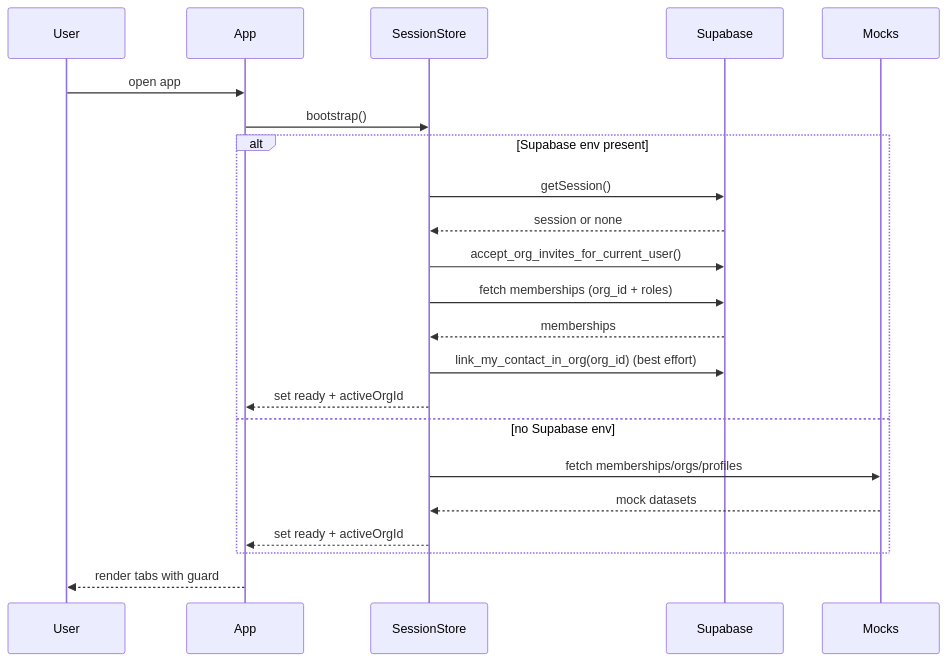
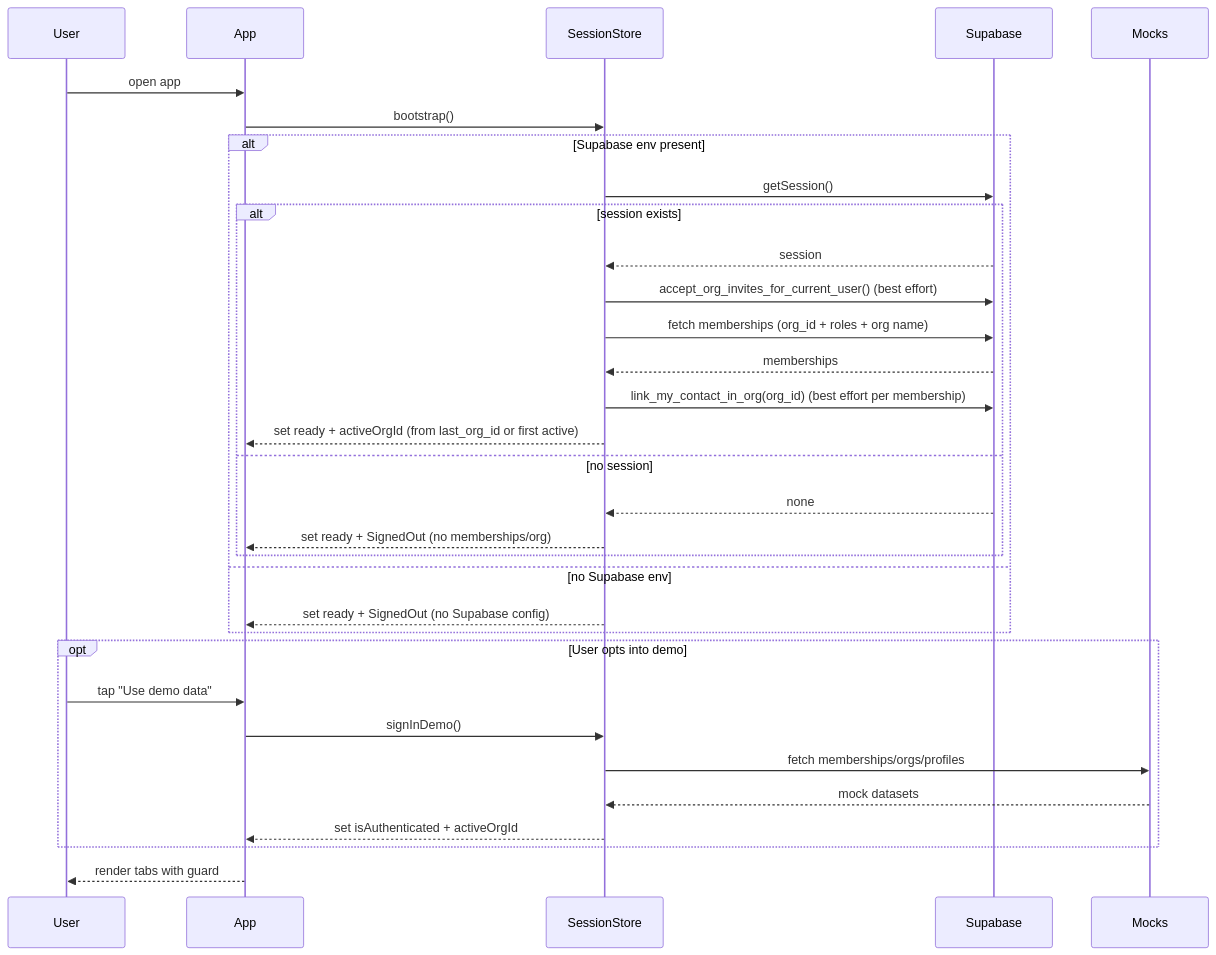
One commit to KRUKMAN/fafiq-app changed the diagram in docs/diagrams/sequences/01_session_boot.mmd. Above: the diagram before and after it, drawn with Mermaid. The commit also changed 15 other files, not shown here.

```diff
--- a/docs/diagrams/sequences/01_session_boot.mmd
+++ b/docs/diagrams/sequences/01_session_boot.mmd
@@ -1,22 +1,32 @@
 sequenceDiagram
   participant User
   participant App
   participant Session as SessionStore
   participant Supabase
   participant Mocks
   User->>App: open app
   App->>Session: bootstrap()
   alt Supabase env present
     Session->>Supabase: getSession()
-    Supabase-->>Session: session or none
-    Session->>Supabase: accept_org_invites_for_current_user()
-    Session->>Supabase: fetch memberships (org_id + roles)
-    Supabase-->>Session: memberships
-    Session->>Supabase: link_my_contact_in_org(org_id) (best effort)
-    Session-->>App: set ready + activeOrgId
+    alt session exists
+      Supabase-->>Session: session
+      Session->>Supabase: accept_org_invites_for_current_user() (best effort)
+      Session->>Supabase: fetch memberships (org_id + roles + org name)
+      Supabase-->>Session: memberships
+      Session->>Supabase: link_my_contact_in_org(org_id) (best effort per membership)
+      Session-->>App: set ready + activeOrgId (from last_org_id or first active)
+    else no session
+      Supabase-->>Session: none
+      Session-->>App: set ready + SignedOut (no memberships/org)
+    end
   else no Supabase env
+    Session-->>App: set ready + SignedOut (no Supabase config)
+  end
+  opt User opts into demo
+    User->>App: tap "Use demo data"
+    App->>Session: signInDemo()
     Session->>Mocks: fetch memberships/orgs/profiles
     Mocks-->>Session: mock datasets
-    Session-->>App: set ready + activeOrgId
+    Session-->>App: set isAuthenticated + activeOrgId
   end
   App-->>User: render tabs with guard
```
